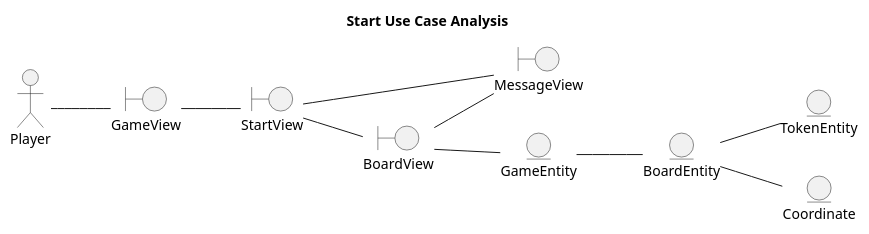
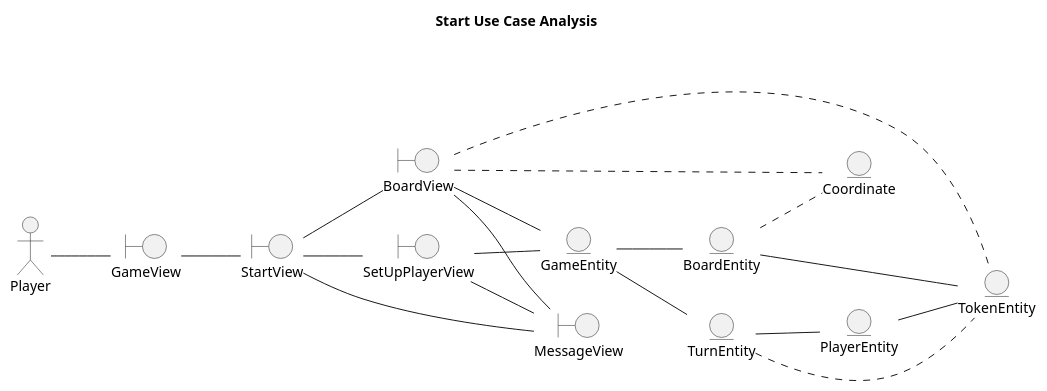
One commit to franpaulinoinfante/MasterSoftwareDevelopment changed the first of 3 diagrams in src/Connect4/DocumentView/Basic/Docs/USeCasesAnalysis.plantuml. Above: the diagram before and after it, drawn with PlantUML. The commit also changed other lines of this file and 99 other files, not shown here.

```diff
--- a/src/Connect4/DocumentView/Basic/Docs/USeCasesAnalysis.plantuml
+++ b/src/Connect4/DocumentView/Basic/Docs/USeCasesAnalysis.plantuml
@@ -1,26 +1,43 @@
 @startuml StartUseCaseAnalysis
 left to right direction
 title Start Use Case Analysis
 
 actor Player
 boundary GameView
 boundary StartView
 boundary MessageView
 boundary BoardView
+boundary SetUpPlayerView
 
 entity GameEntity
 entity BoardEntity
+entity TurnEntity
+entity PlayerEntity
 entity TokenEntity
 entity Coordinate
 
 Player -- GameView
 GameView -- StartView
+
 StartView -- MessageView
 StartView -- BoardView
+StartView -- SetUpPlayerView
+
+SetUpPlayerView -- MessageView
+SetUpPlayerView -- GameEntity
+
 BoardView -- MessageView
 BoardView -- GameEntity
+BoardView .. Coordinate
+BoardView .. TokenEntity
 
 GameEntity -- BoardEntity
-BoardEntity -- TokenEntity
-BoardEntity -- Coordinate
+GameEntity -- TurnEntity
+
+TurnEntity -- PlayerEntity
+TurnEntity .. TokenEntity
+PlayerEntity -- TokenEntity
+
+BoardEntity --TokenEntity
+BoardEntity .. Coordinate
 @enduml
```
